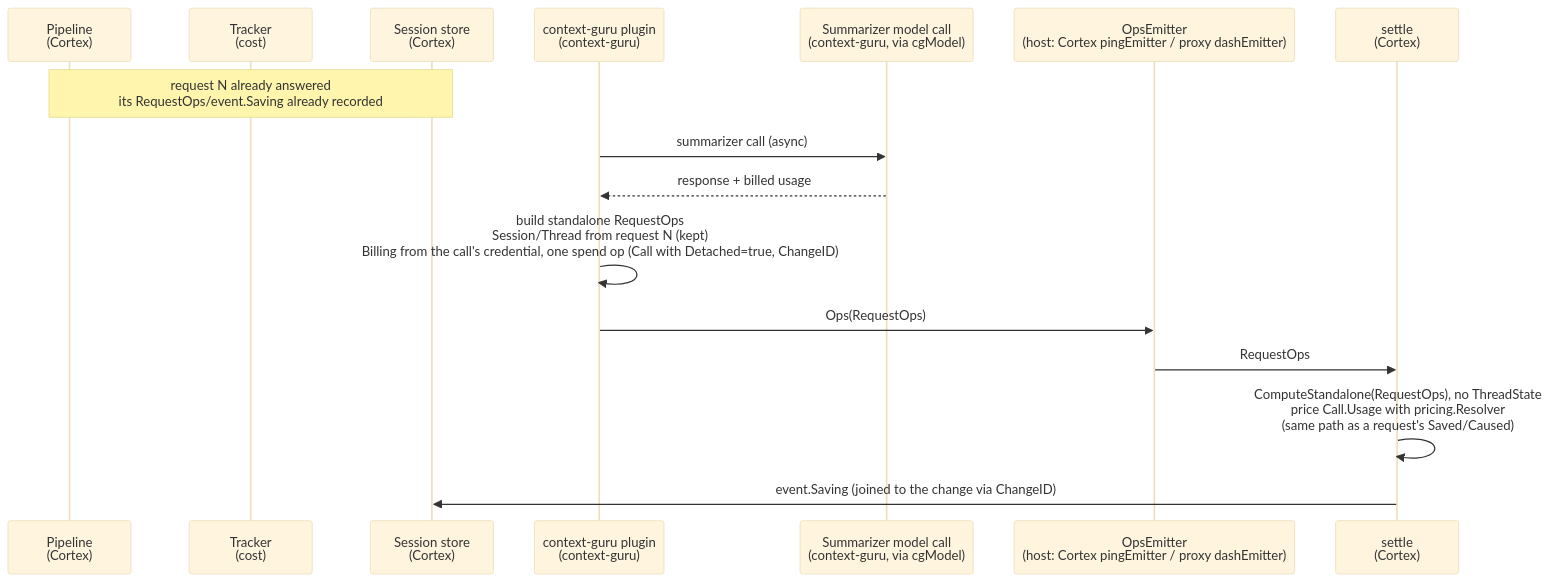
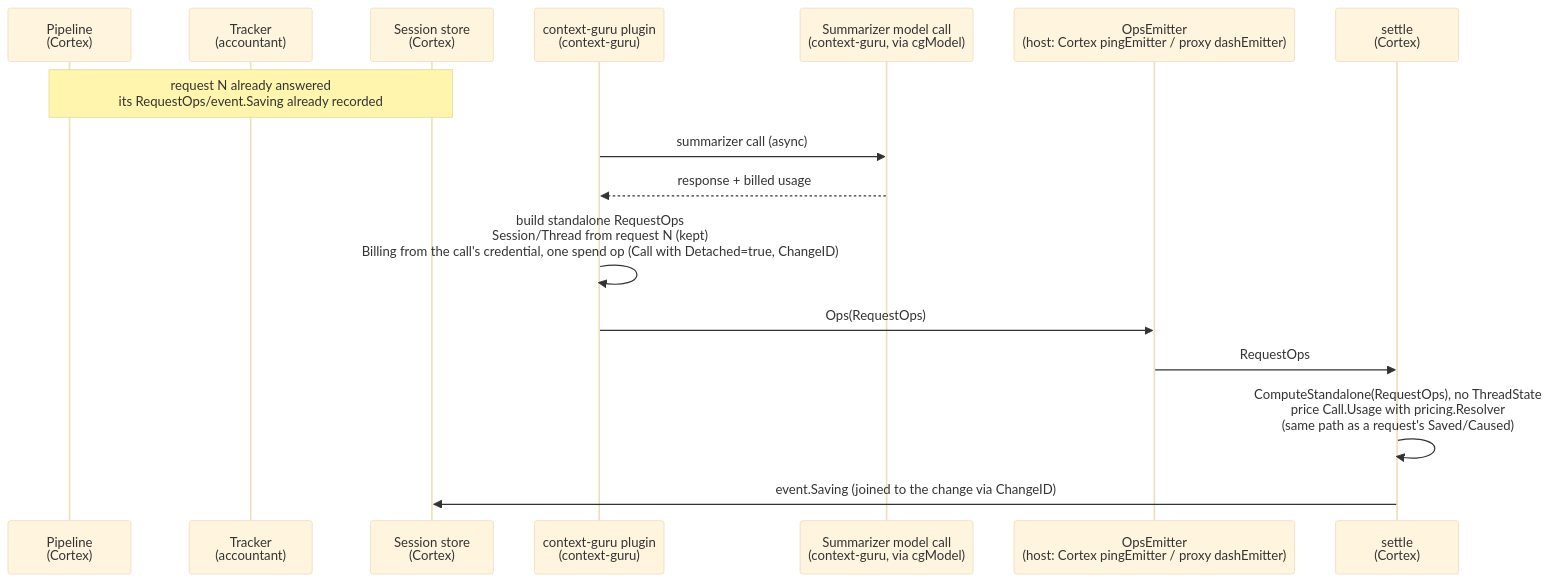
Before and after one commit to rossoctl/accountant: the second of 3 diagrams in docs/cortex-wiring.md, drawn with Mermaid (base theme). The commit also changed other lines of this file and 20 other files, not shown here.

First line of the commit message:
refactor: Rename the library from cost to accountant

````diff
--- a/docs/cortex-wiring.md
+++ b/docs/cortex-wiring.md
@@ -178,19 +178,19 @@
 ```mermaid
 sequenceDiagram
     participant Pipeline as Pipeline<br/>(Cortex)
-    participant Tracker as Tracker<br/>(cost)
+    participant Tracker as Tracker<br/>(accountant)
     participant Store as Session store<br/>(Cortex)
     participant Plugin as context-guru plugin<br/>(context-guru)
     participant Model as Summarizer model call<br/>(context-guru, via cgModel)
     participant Emitter as OpsEmitter<br/>(host: Cortex pingEmitter / proxy dashEmitter)
     participant Settle as settle<br/>(Cortex)
 
     Note over Pipeline,Store: request N already answered<br/>its RequestOps/event.Saving already recorded
     Plugin->>Model: summarizer call (async)
     Model-->>Plugin: response + billed usage
     Plugin->>Plugin: build standalone RequestOps<br/>Session/Thread from request N (kept)<br/>Billing from the call's credential, one spend op (Call with Detached=true, ChangeID)
     Plugin->>Emitter: Ops(RequestOps)
     Emitter->>Settle: RequestOps
     Settle->>Settle: ComputeStandalone(RequestOps), no ThreadState<br/>price Call.Usage with pricing.Resolver<br/>(same path as a request's Saved/Caused)
     Settle->>Store: event.Saving (joined to the change via ChangeID)
 ```
````
